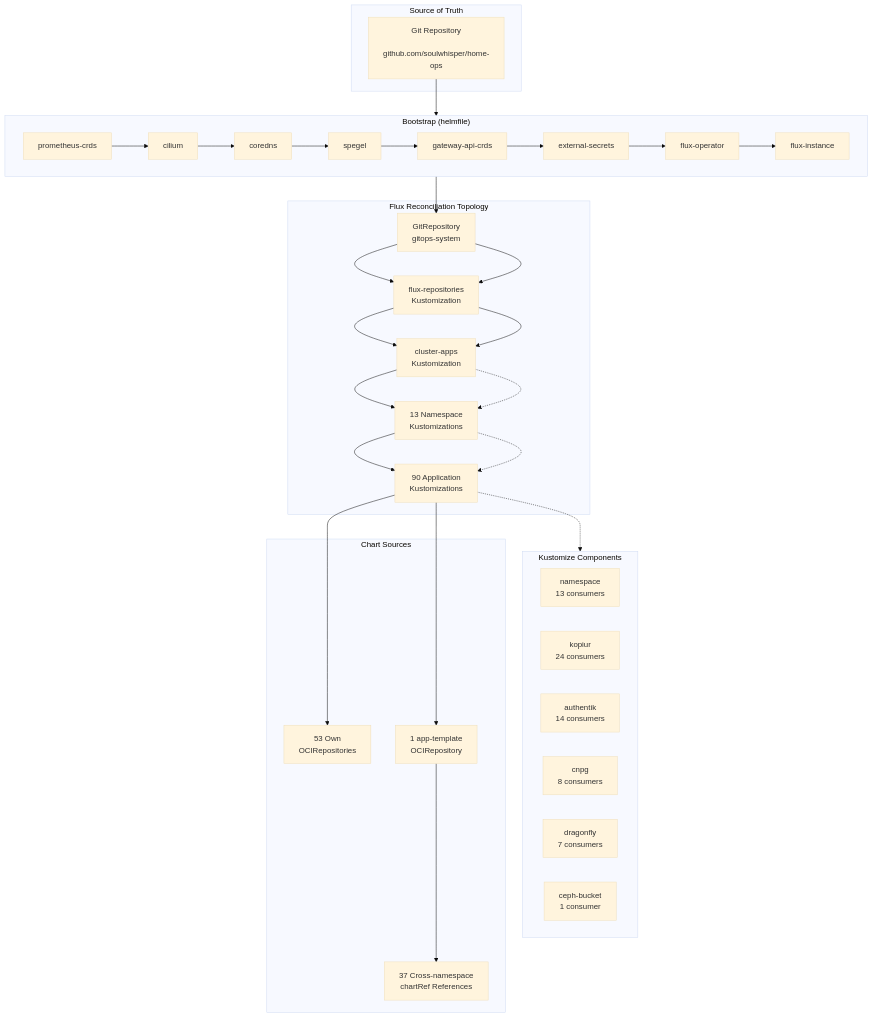
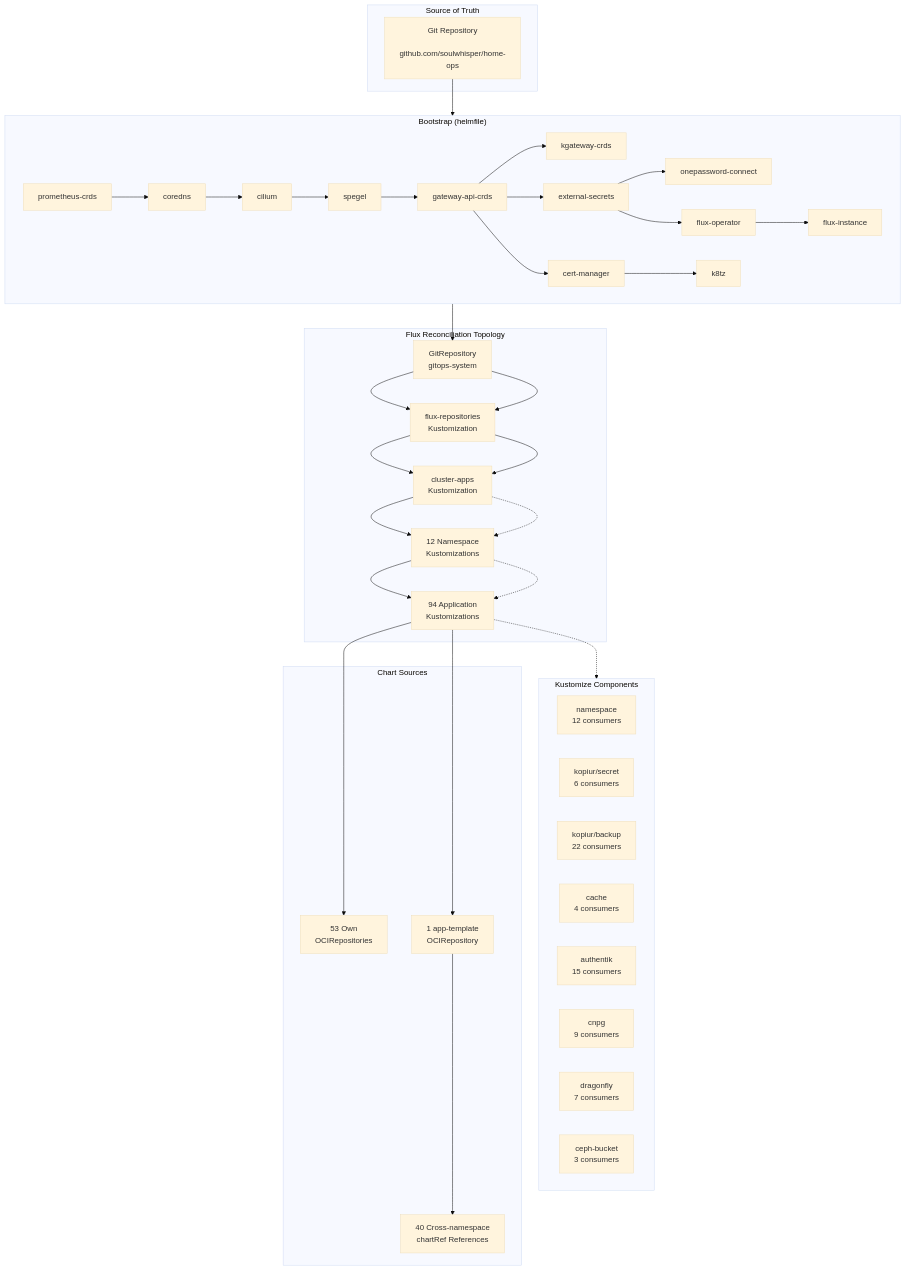
Before and after one commit to soulwhisper/home-ops: the diagram in docs/infrastructure/kubernetes.md, drawn with Mermaid (base theme). The commit also changed other lines of this file and 120 other files, not shown here.

````diff
--- a/docs/infrastructure/kubernetes.md
+++ b/docs/infrastructure/kubernetes.md
@@ -12,65 +12,73 @@
 ```mermaid
 flowchart TB
     subgraph Source["Source of Truth"]
         GIT["Git Repository
         github.com/soulwhisper/home-ops"]
     end
 
     subgraph Bootstrap["Bootstrap (helmfile)"]
         direction LR
-        B1["prometheus-crds"] --> B2["cilium"]
-        B2 --> B3["coredns"]
+        B1["prometheus-crds"] --> B2["coredns"]
+        B2 --> B3["cilium"]
         B3 --> B4["spegel"]
         B4 --> B5["gateway-api-crds"]
-        B5 --> B6["external-secrets"]
-        B6 --> B7["flux-operator"]
-        B7 --> B8["flux-instance"]
+        B5 --> B6["kgateway-crds"]
+        B5 --> B7["external-secrets"]
+        B5 --> B8["cert-manager"]
+        B7 --> B9["onepassword-connect"]
+        B8 --> B10["k8tz"]
+        B7 --> B11["flux-operator"]
+        B11 --> B12["flux-instance"]
     end
 
     subgraph FluxTopo["Flux Reconciliation Topology"]
         GR["GitRepository
         gitops-system"] --> FR["flux-repositories
         Kustomization"]
         FR --> CA["cluster-apps
         Kustomization"]
-        CA --> NS["13 Namespace
+        CA --> NS["12 Namespace
         Kustomizations"]
-        NS --> APPS["90 Application
+        NS --> APPS["94 Application
         Kustomizations"]
     end
 
     subgraph Components["Kustomize Components"]
         NS_COMP["namespace
-        13 consumers"]
-        KOPIUR["kopiur
-        24 consumers"]
+        12 consumers"]
+        KOPIUR_SECRET["kopiur/secret
+        6 consumers"]
+        KOPIUR_BACKUP["kopiur/backup
+        22 consumers"]
+        CACHE["cache
+        4 consumers"]
         AUTHENTIK["authentik
-        14 consumers"]
+        15 consumers"]
         CNPG["cnpg
-        8 consumers"]
+        9 consumers"]
         DRAGONFLY["dragonfly
         7 consumers"]
         CEPH["ceph-bucket
-        1 consumer"]
+        3 consumers"]
     end
 
     subgraph Charts["Chart Sources"]
         OCI_OWN["53 Own
         OCIRepositories"]
         OCI_TPL["1 app-template
         OCIRepository"]
-        CROSS["37 Cross-namespace
+        CROSS["40 Cross-namespace
         chartRef References"]
     end
 
     GIT --> Bootstrap
     Bootstrap --> GR
     GR --> FR
     FR --> CA
     CA -.-> NS
     NS -.-> APPS
     APPS -.-> Components
     APPS --> OCI_OWN
     APPS --> OCI_TPL
     OCI_TPL --> CROSS
 ```
````
